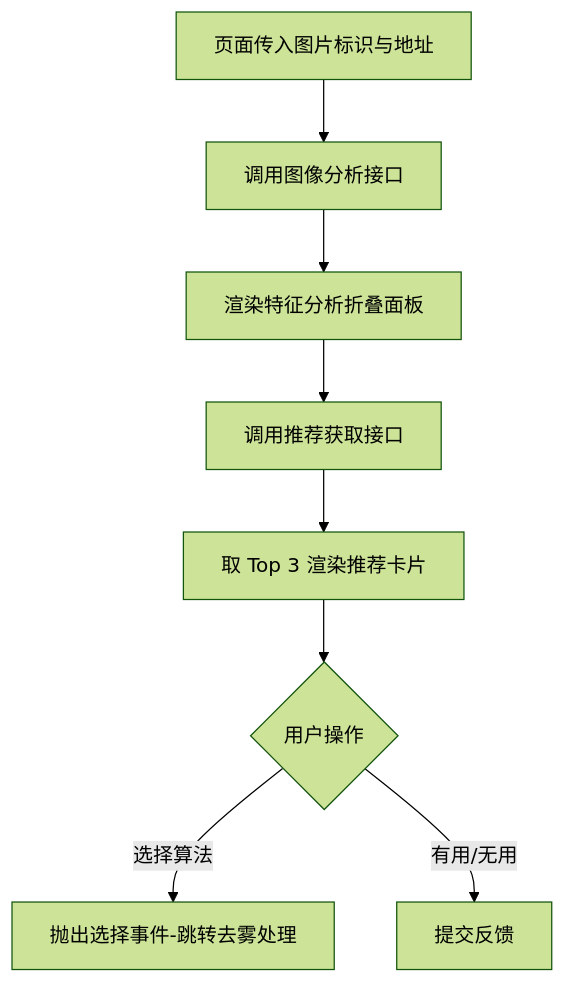
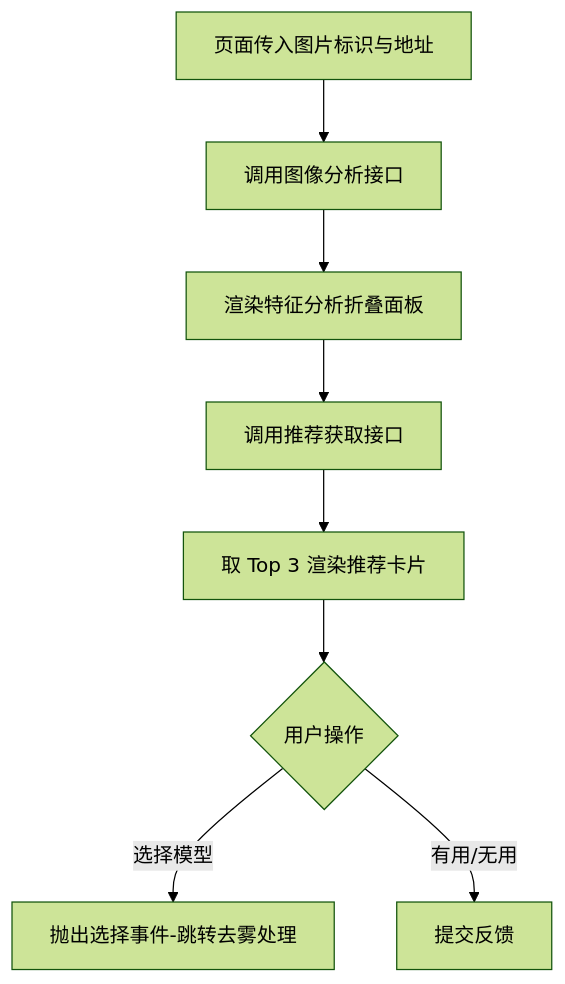
The second of 3 diagrams in dehaze-doc/docs/03-模块设计/基础模块/推荐管理/前端实现.md (earthy-zinc/dehaze-system), drawn with Mermaid (forest theme) before and after one commit. The commit also changed other lines of this file and 239 other files, not shown here.

````diff
--- a/dehaze-doc/docs/03-模块设计/基础模块/推荐管理/前端实现.md
+++ b/dehaze-doc/docs/03-模块设计/基础模块/推荐管理/前端实现.md
@@ -88,10 +88,10 @@
 ```mermaid
 flowchart TD
     A[页面传入图片标识与地址] --> B[调用图像分析接口]
     B --> C[渲染特征分析折叠面板]
     C --> D[调用推荐获取接口]
     D --> E[取 Top 3 渲染推荐卡片]
     E --> F{用户操作}
-    F -->|选择算法| G[抛出选择事件-跳转去雾处理]
+    F -->|选择模型| G[抛出选择事件-跳转去雾处理]
     F -->|有用/无用| H[提交反馈]
 ```
````
